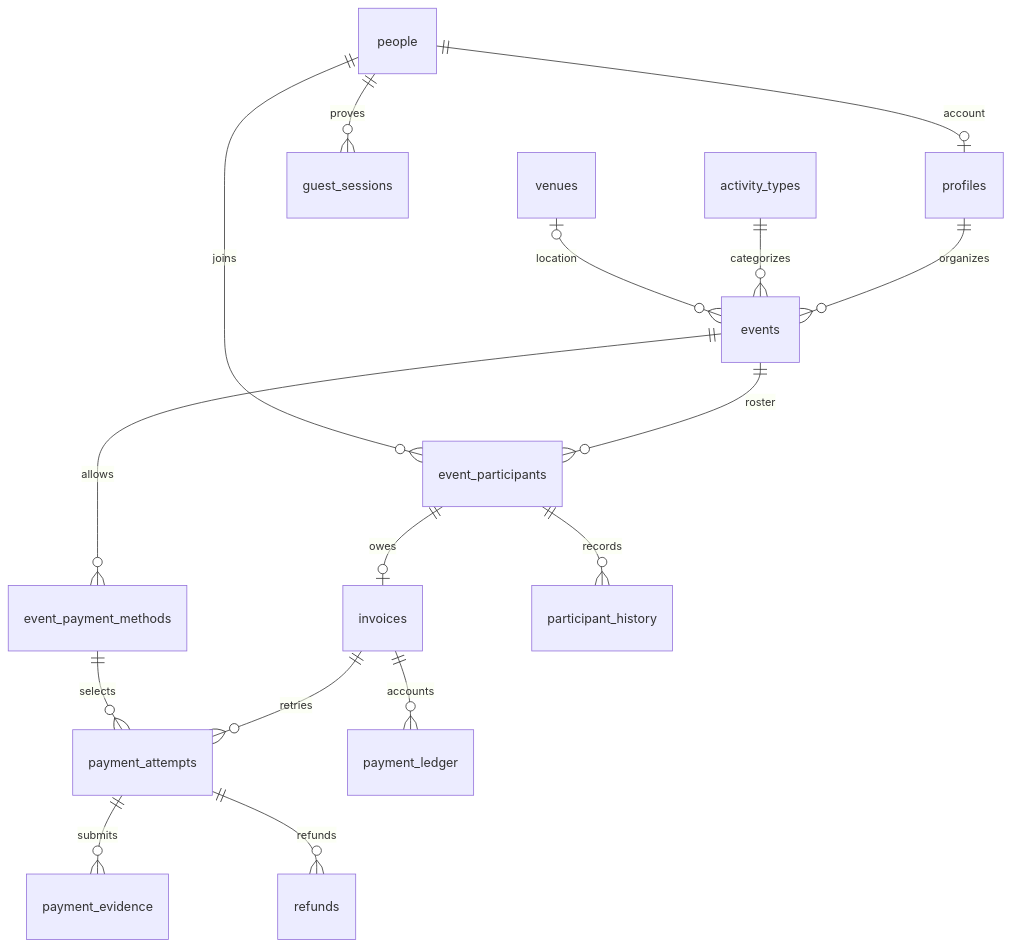
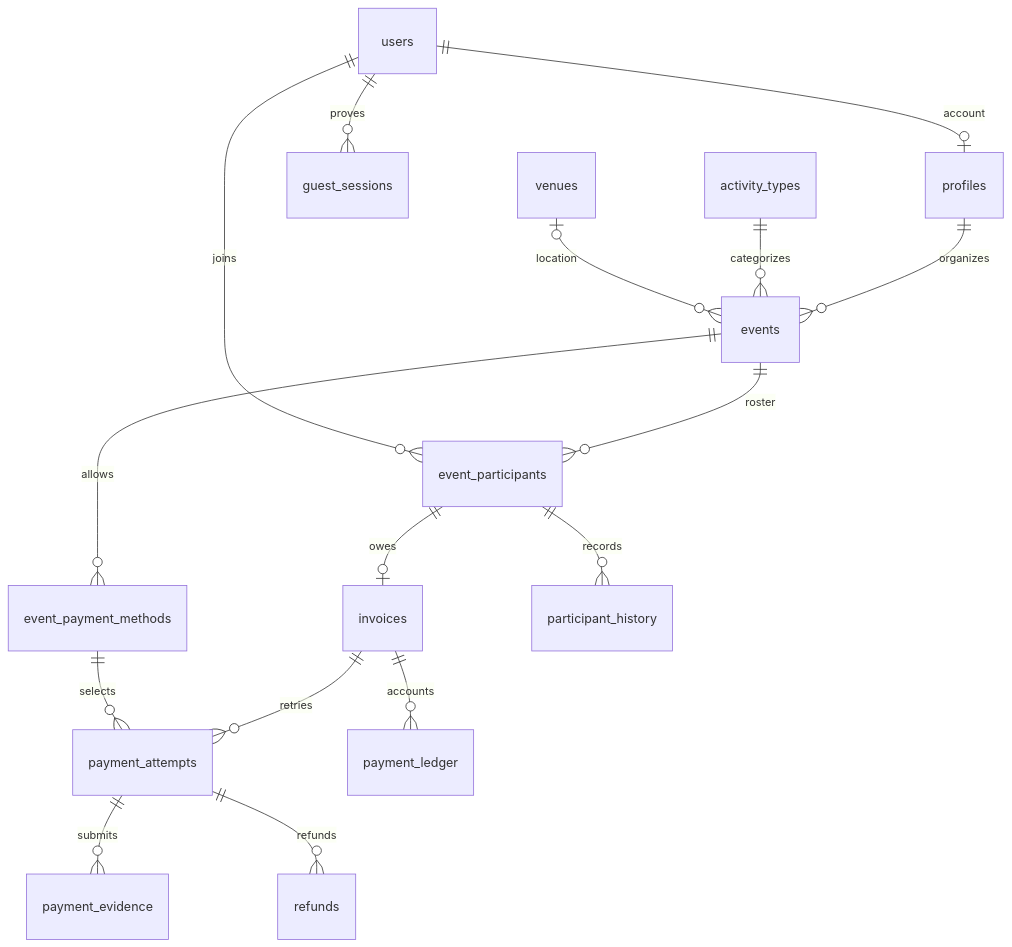
The diagram in docs/DATABASE.md (heruwaspodov/dolend), drawn with Mermaid before and after one commit. The commit also changed other lines of this file and 13 other files, not shown here.

First line of the commit message:
refactor(db): rename people to users

````diff
--- a/docs/DATABASE.md
+++ b/docs/DATABASE.md
@@ -7,18 +7,18 @@
 ```mermaid
 erDiagram
-  people ||--o| profiles : account
-  people ||--o{ guest_sessions : proves
+  users ||--o| profiles : account
+  users ||--o{ guest_sessions : proves
   profiles ||--o{ events : organizes
   activity_types ||--o{ events : categorizes
   venues |o--o{ events : location
   events ||--o{ event_participants : roster
-  people ||--o{ event_participants : joins
+  users ||--o{ event_participants : joins
   event_participants ||--o| invoices : owes
   invoices ||--o{ payment_attempts : retries
   events ||--o{ event_payment_methods : allows
   event_payment_methods ||--o{ payment_attempts : selects
   payment_attempts ||--o{ payment_evidence : submits
   invoices ||--o{ payment_ledger : accounts
   payment_attempts ||--o{ refunds : refunds
   event_participants ||--o{ participant_history : records
 ```
````
